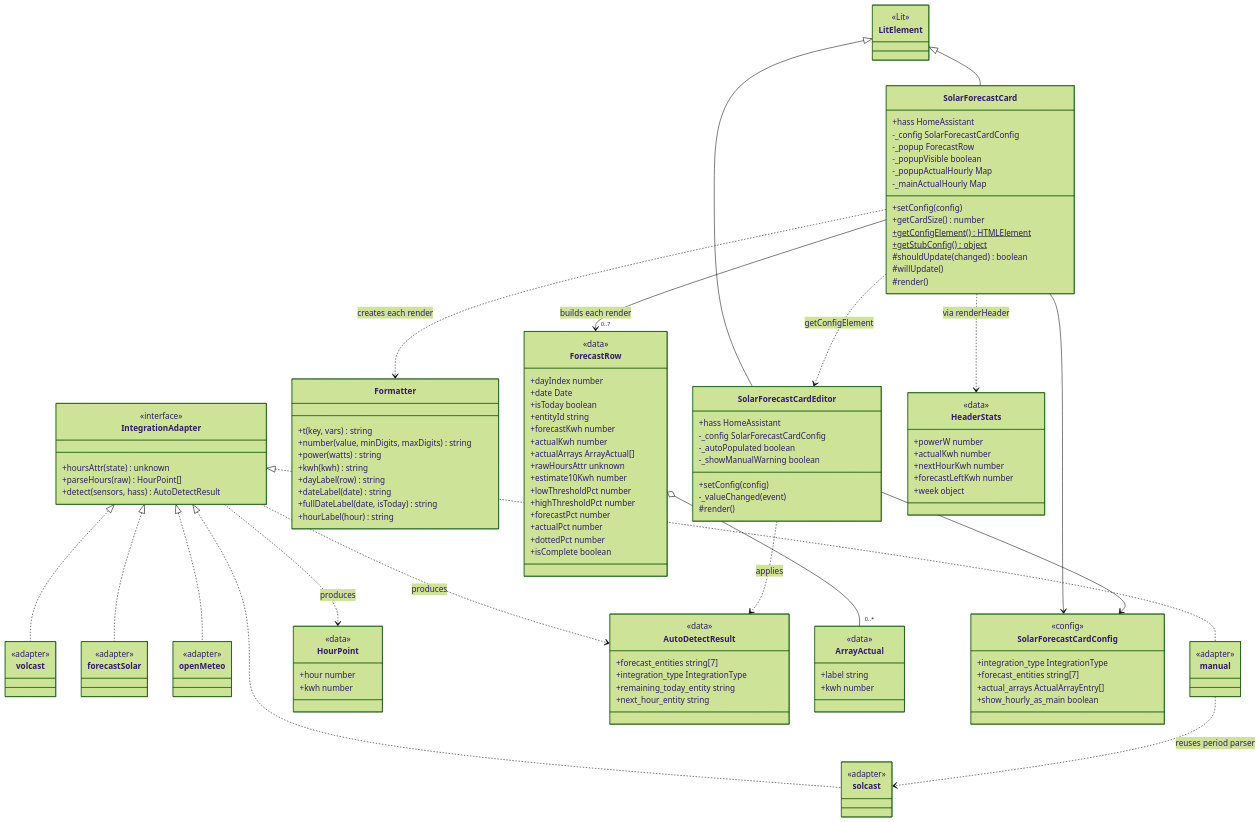
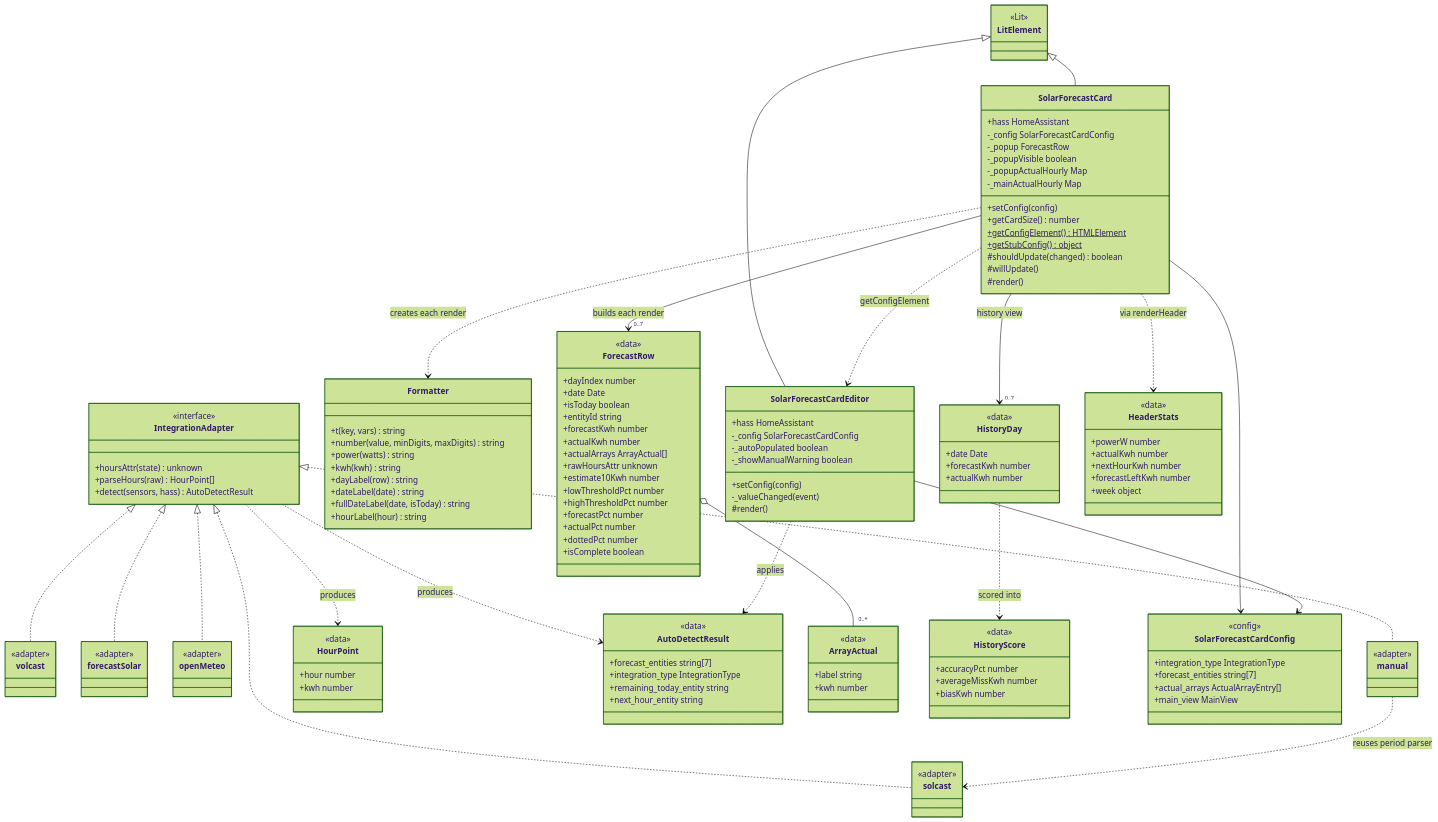
The second of 4 diagrams in docs/developer-guide.md (AshGSmith/solar-forecast-card), drawn with Mermaid (forest theme) before and after one commit. The commit also changed other lines of this file and 80 other files, not shown here.

First line of the commit message:
Add forecast history view and main view setting

```diff
--- a/docs/developer-guide.md
+++ b/docs/developer-guide.md
@@ -226,6 +226,20 @@
         +kwh number
     }
 
+    class HistoryDay {
+        <<data>>
+        +date Date
+        +forecastKwh number
+        +actualKwh number
+    }
+
+    class HistoryScore {
+        <<data>>
+        +accuracyPct number
+        +averageMissKwh number
+        +biasKwh number
+    }
+
     class HeaderStats {
         <<data>>
         +powerW number
@@ -240,7 +254,7 @@
         +integration_type IntegrationType
         +forecast_entities string[7]
         +actual_arrays ActualArrayEntry[]
-        +show_hourly_as_main boolean
+        +main_view MainView
     }
 
     LitElement <|-- SolarForecastCard
@@ -260,6 +274,8 @@
     SolarForecastCard --> "0..7" ForecastRow : builds each render
     SolarForecastCard ..> Formatter : creates each render
     SolarForecastCard ..> HeaderStats : via renderHeader
+    SolarForecastCard --> "0..7" HistoryDay : history view
+    HistoryDay ..> HistoryScore : scored into
     SolarForecastCard ..> SolarForecastCardEditor : getConfigElement
     SolarForecastCardEditor --> SolarForecastCardConfig
     SolarForecastCardEditor ..> AutoDetectResult : applies
```
